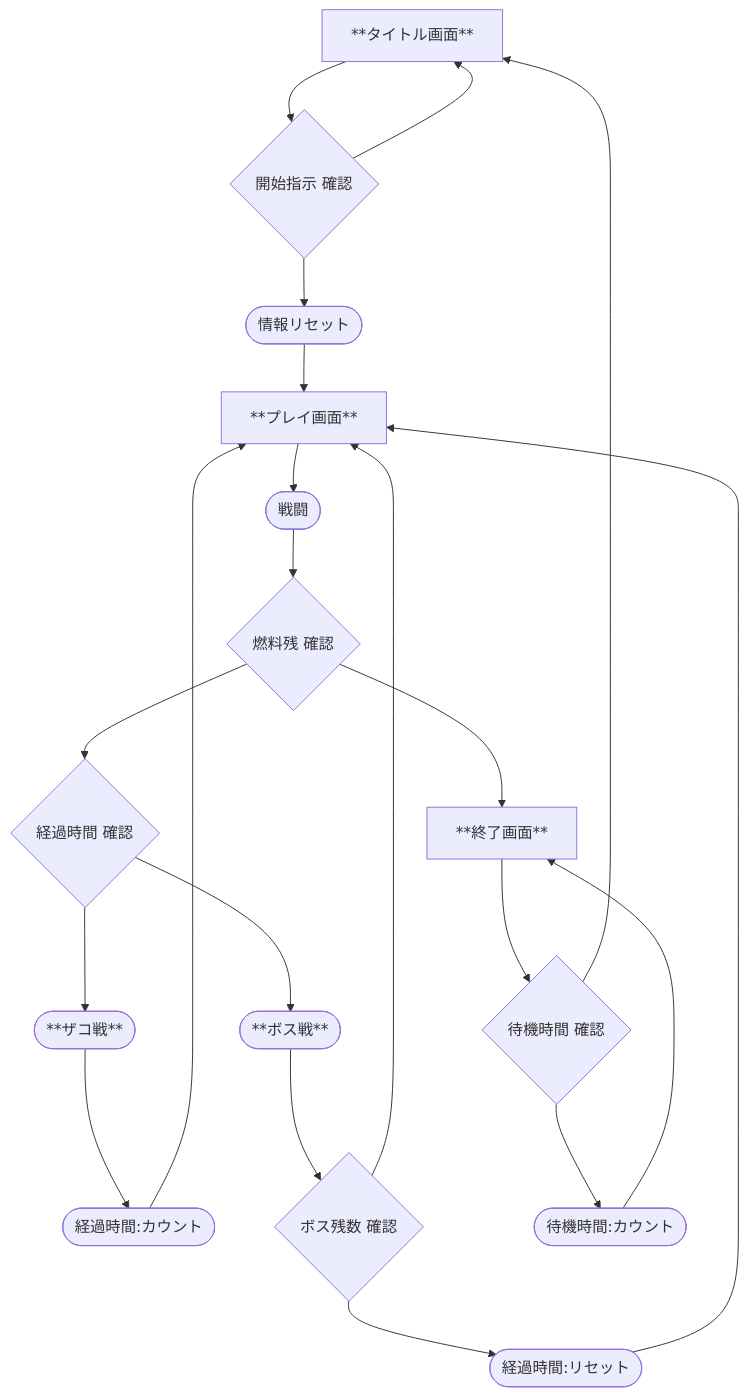
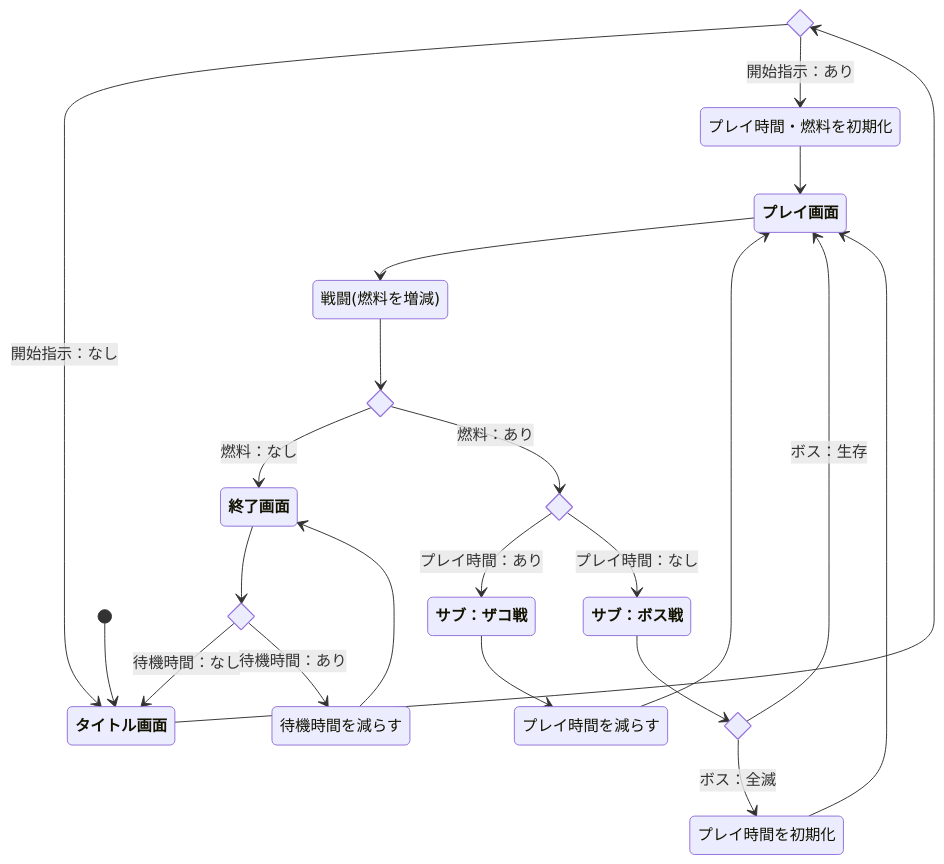
Before and after one commit to kureha001/MMP: the second of 2 diagrams in ゲーム/01_MechBullets/README.md, drawn with Mermaid. The commit also changed other lines of this file, not shown here.

Commit message:
BULLETSのチャートを訂正

````diff
--- a/ゲーム/01_MechBullets/README.md
+++ b/ゲーム/01_MechBullets/README.md
@@ -145,15 +159,33 @@
 ```mermaid
-graph TD;
-    **タイトル画面** --> id01{開始指示 確認} --> **タイトル画面** & id02 
-    id02([情報リセット]) --> **プレイ画面** --> id03
-    id03([戦闘]) --> id04{燃料残 確認} --> **終了画面** & id05 
+stateDiagram-v2
+state ？開始指示  <<choice>>
+state ？燃料残量  <<choice>>
+state ？プレイ時間  <<choice>>
+state ？ボス残数  <<choice>>
+state ？待機時間  <<choice>>
 
-    id05{経過時間 確認} --> id10 & id20
-    id10([**ザコ戦**]) --> id06([経過時間:カウント]) --> **プレイ画面**
-    id20([**ボス戦**])  --> id21
-    id21{ボス残数 確認} --> id08 & **プレイ画面**
-    id08([経過時間:リセット]) --> **プレイ画面**
+[*] --> **タイトル画面**
+**タイトル画面** --> ？開始指示
+    ？開始指示 --> **タイトル画面**        : 開始指示：なし
+    ？開始指示 --> プレイ時間・燃料を初期化: 開始指示：あり
 
-    **終了画面** --> id8{待機時間 確認} --> id9 & **タイトル画面**
-    id9([待機時間:カウント]) --> **終了画面** 
+        プレイ時間・燃料を初期化 --> **プレイ画面**
+        **プレイ画面** --> 戦闘(燃料を増減)
+        戦闘(燃料を増減) --> ？燃料残量
+
+        ？燃料残量 --> **終了画面**: 燃料：なし
+            **終了画面** --> ？待機時間
+            ？待機時間 --> **タイトル画面**: 待機時間：なし
+            ？待機時間 --> 待機時間を減らす: 待機時間：あり 
+                待機時間を減らす --> **終了画面**
+
+        ？燃料残量 --> ？プレイ時間: 燃料：あり
+        ？プレイ時間 --> **サブ：ザコ戦**: プレイ時間：あり
+        ？プレイ時間 --> **サブ：ボス戦**: プレイ時間：なし
+            **サブ：ボス戦** --> ？ボス残数 
+            ？ボス残数 --> **プレイ画面**: ボス：生存
+            ？ボス残数 --> プレイ時間を初期化  : ボス：全滅
+                プレイ時間を初期化 --> **プレイ画面**
+            **サブ：ザコ戦** --> プレイ時間を減らす 
+            プレイ時間を減らす --> **プレイ画面**
 ```
````
